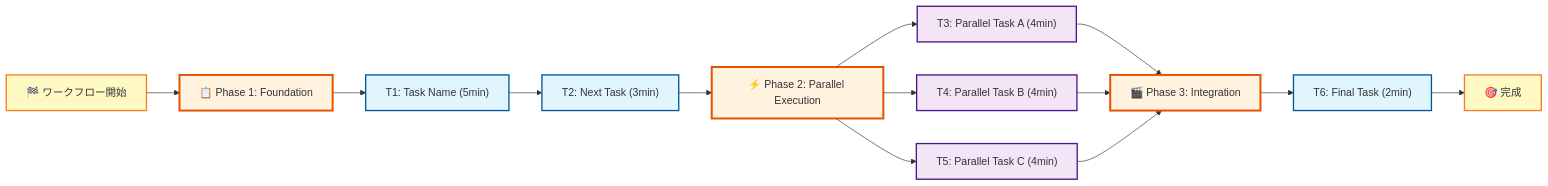
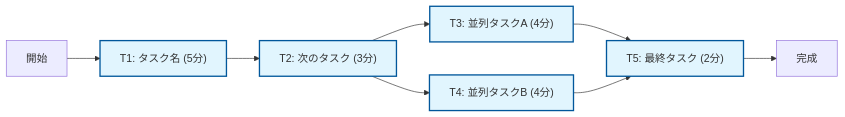
One commit to rossy8417/kamuicode_meta changed the diagram in meta/prompts/task-order-optimization-with-mermaid.md. Above: the diagram before and after it, drawn with Mermaid. The commit also changed other lines of this file, not shown here.

Commit message:
test: simplify mermaid generation for GitHub Actions compatibility
- Remove emojis from node names (🏁 🎯 etc.)
- Eliminate complex phase groupings
- Reduce styling classes to minimum
- Limit to maximum 15 nodes
- Use simple Japanese text only

Testing theory that complex mermaid features cause GitHub Actions rendering failures.

````diff
--- a/meta/prompts/task-order-optimization-with-mermaid.md
+++ b/meta/prompts/task-order-optimization-with-mermaid.md
@@ -80,30 +80,13 @@
 ```mermaid
 graph LR
-    Start["🏁 ワークフロー開始"] --> Phase1["📋 Phase 1: Foundation"]
+    Start["開始"] --> T1["T1: タスク名 (5分)"]
+    T1 --> T2["T2: 次のタスク (3分)"]
+    T2 --> T3["T3: 並列タスクA (4分)"]
+    T2 --> T4["T4: 並列タスクB (4分)"]
+    T3 --> T5["T5: 最終タスク (2分)"]
+    T4 --> T5
+    T5 --> End["完成"]
     
-    Phase1 --> T1["T1: Task Name (5min)"]
-    T1 --> T2["T2: Next Task (3min)"]
-    
-    T2 --> Phase2["⚡ Phase 2: Parallel Execution"]
-    Phase2 --> T3["T3: Parallel Task A (4min)"]
-    Phase2 --> T4["T4: Parallel Task B (4min)"]
-    Phase2 --> T5["T5: Parallel Task C (4min)"]
-    
-    T3 --> Phase3["🎬 Phase 3: Integration"]
-    T4 --> Phase3
-    T5 --> Phase3
-    
-    Phase3 --> T6["T6: Final Task (2min)"]
-    T6 --> End["🎯 完成"]
-    
-    %% Styling (REQUIRED)
-    classDef sequential fill:#e1f5fe,stroke:#01579b,stroke-width:2px
-    classDef parallel fill:#f3e5f5,stroke:#4a148c,stroke-width:2px
-    classDef phase fill:#fff3e0,stroke:#e65100,stroke-width:3px
-    classDef critical fill:#fff9c4,stroke:#f57f17,stroke-width:2px
-    
-    class T1,T2,T6 sequential
-    class T3,T4,T5 parallel
-    class Phase1,Phase2,Phase3 phase
-    class Start,End critical
+    classDef task fill:#e1f5fe,stroke:#01579b,stroke-width:2px
+    class T1,T2,T3,T4,T5 task
 ```
````
